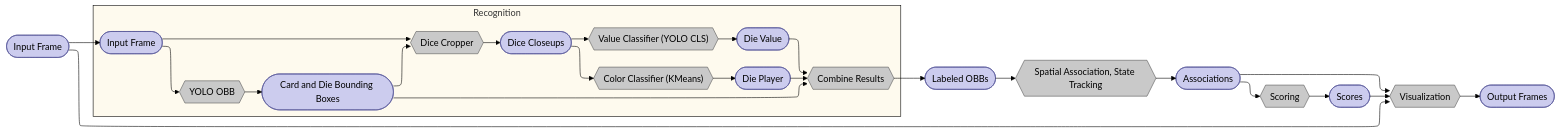
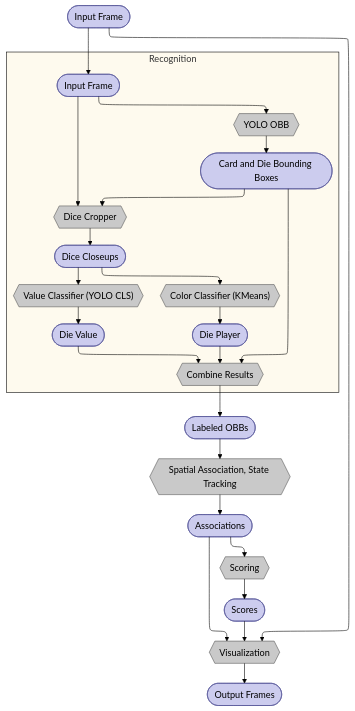
One commit to Stefhermann/cv5561-f25-team-spoton changed the diagram in README.md. Above: the diagram before and after it, drawn with Mermaid (forest theme).

Commit message:
readme: make pipeline vis top-down

````diff
--- a/README.md
+++ b/README.md
@@ -35,65 +35,65 @@
 ```mermaid
 ---
 config:
     layout: elk
 ---
-flowchart LR
+flowchart
 
 %% --- Styles ---
 classDef data fill:#ccccee,stroke:#555599,stroke-width:1px,color:#000;
 classDef func fill:#c9c9c9,stroke:#555555,stroke-width:1px,color:#000;
 style recognition fill:#fefaee,stroke:#000000;
 
 %% --- Node definitions ---
 %% Data nodes
 
 %% Function nodes
 A-1([Input Frame]):::data
 
 subgraph recognition ["Recognition"]
     A0([Input Frame]):::data
     A1{{YOLO OBB}}:::func
     A2([Card and Die Bounding Boxes]):::data
     A3{{Dice Cropper}}:::func
     A4([Dice Closeups]):::data
     A5{{Color Classifier #40;KMeans#41;}}:::func
     A6{{Value Classifier #40;YOLO CLS#41;}}:::func
     A7([Die Player]):::data
     A8([Die Value]):::data
     A9{{Combine Results}}:::func
 end
 
 A10([Labeled OBBs]):::data
 A11{{Spatial Association, State Tracking}}:::func
 A12([Associations]):::data
 A13{{Scoring}}:::func
 A14{{Visualization}}:::func
 A15([Scores]):::data
 A16([Output Frames]):::data
 
 
 
 %% --- Edges ---
 A-1 --> A0
 A0 --> A1
 A0 --> A3
 A1 --> A2
 A2 --> A3
 A2 --> A9
 A3 --> A4
 A4 --> A5
 A5 --> A7
 A4 --> A6
 A6 --> A8
 A7 --> A9
 A8 --> A9
 A9 --> A10
 A10 --> A11
 A11 --> A12
 A12 --> A13
 A13 --> A15
 A-1 --> A14
 A15 --> A14
 A12 --> A14
 A14 --> A16
 ```
````
